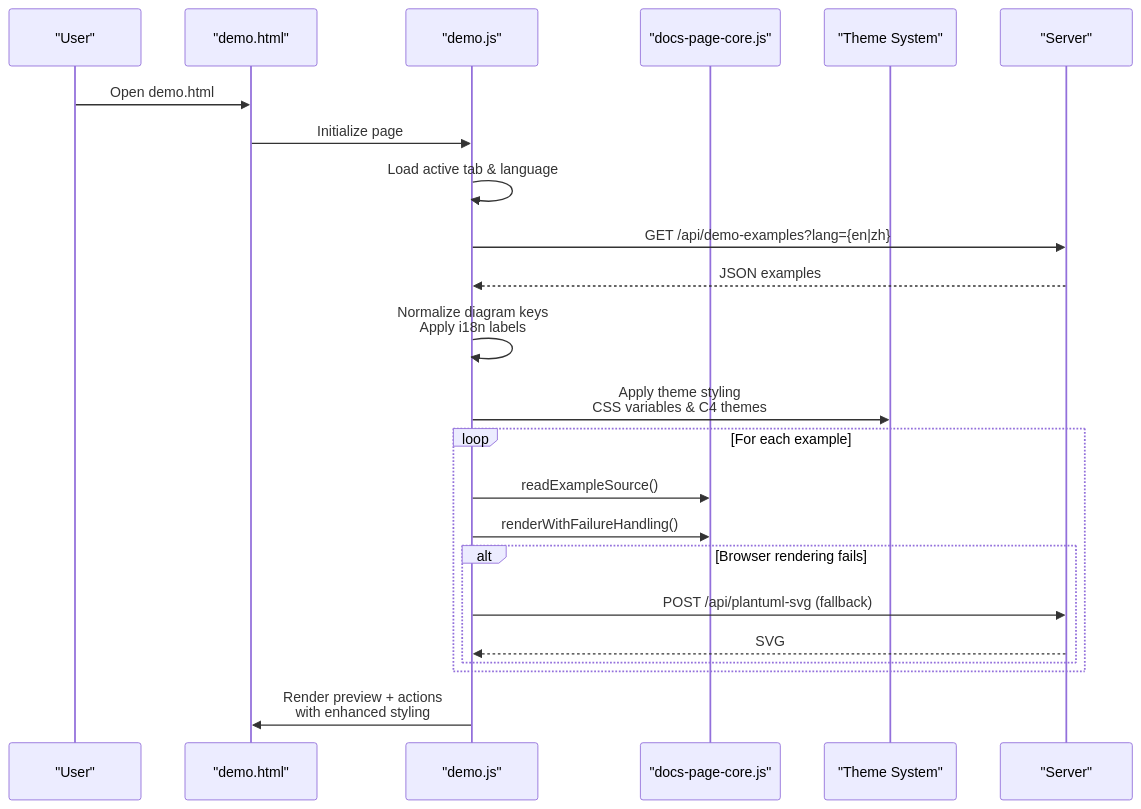
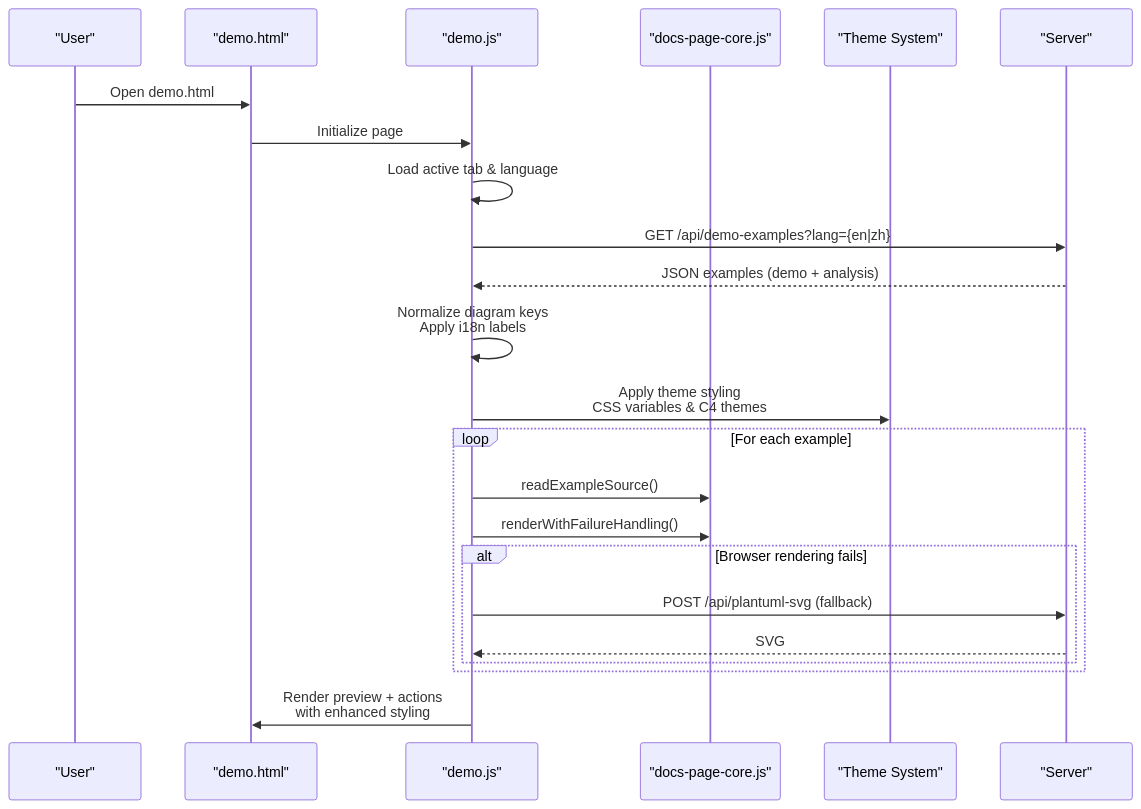
Before and after one commit to pingwurth/code-to-uml: the second of 6 diagrams in .qoder/repowiki/en/content/Diagram Examples/Diagram Examples.md, drawn with Mermaid. The commit also changed other lines of this file and 21 other files, not shown here.

Commit message:
chore(docs): 删除 Code-To-UML 介绍文档

````diff
--- a/.qoder/repowiki/en/content/Diagram Examples/Diagram Examples.md
+++ b/.qoder/repowiki/en/content/Diagram Examples/Diagram Examples.md
@@ -120,25 +126,25 @@
 ```mermaid
 sequenceDiagram
 participant U as "User"
 participant P as "demo.html"
 participant J as "demo.js"
 participant C as "docs-page-core.js"
 participant T as "Theme System"
 participant S as "Server"
 U->>P : Open demo.html
 P->>J : Initialize page
 J->>J : Load active tab & language
 J->>S : GET /api/demo-examples?lang={en|zh}
-S-->>J : JSON examples
+S-->>J : JSON examples (demo + analysis)
 J->>J : Normalize diagram keys<br/>Apply i18n labels
 J->>T : Apply theme styling<br/>CSS variables & C4 themes
 loop For each example
 J->>C : readExampleSource()
 J->>C : renderWithFailureHandling()
 alt Browser rendering fails
 J->>S : POST /api/plantuml-svg (fallback)
 S-->>J : SVG
 end
 end
 J->>P : Render preview + actions<br/>with enhanced styling
 ```
````
